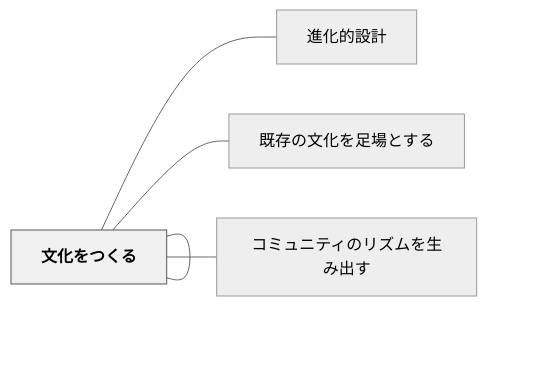
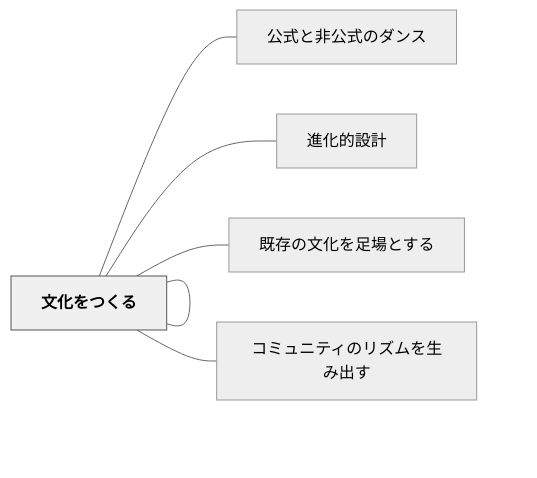
Before and after one commit to unknownthings-ed-patterns/unknownthings-ed-patterns: the diagram in content/パタン/文化活動のペースを調整する.md, drawn with Mermaid (neutral theme). The commit also changed other lines of this file and 473 other files, not shown here.

````diff
--- a/content/パタン/文化活動のペースを調整する.md
+++ b/content/パタン/文化活動のペースを調整する.md
@@ -56,16 +57,18 @@
 ```mermaid
 flowchart LR
     ne69687e58c96["文化活動のペースを調整する"]
+    ne585ace5bc8f["公式と非公式のダンス"]
     ne69687e58c96["文化をつくる"]
     ne980b2e58c96["進化的設計"]
     ne697a2e5ad98["既存の文化を足場とする"]
     ne382b3e3839f["コミュニティのリズムを生み出す"]
 
+    ne69687e58c96 --- ne585ace5bc8f
     ne69687e58c96 --- ne69687e58c96
     ne69687e58c96 --- ne980b2e58c96
     ne69687e58c96 --- ne697a2e5ad98
     ne69687e58c96 --- ne382b3e3839f
 
     classDef hub fill:#f0f0f0,stroke:#555,color:#000,font-weight:bold
     class ne69687e58c96 hub
 ```
````
